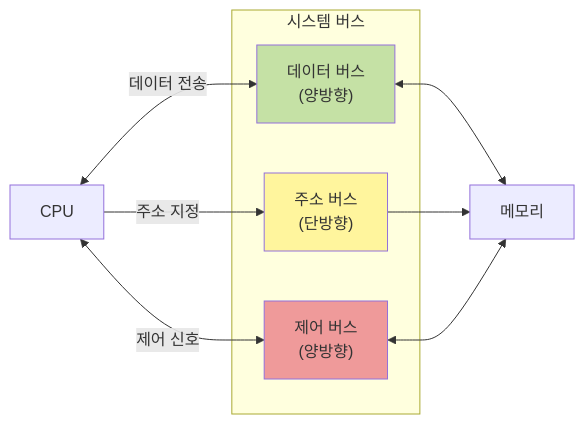
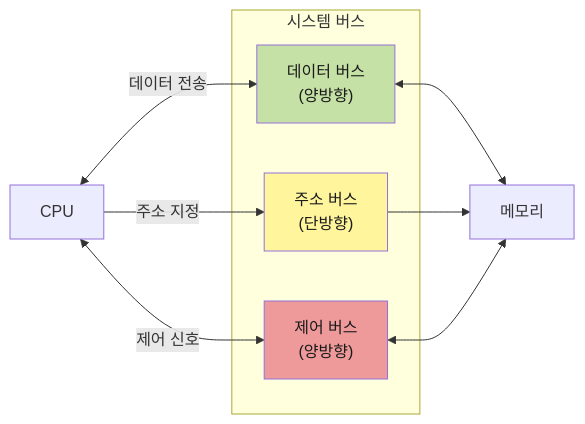
The second of 9 diagrams in apps/devblog/content/posts/computer-architecture.mdx (Cllaude99/cllaude99_labs), drawn with Mermaid before and after one commit. The commit also changed other lines of this file, not shown here.

Commit message:
fix: 컴퓨터 구조 글의 머메이드 다이어그램에 다크 모드 텍스트 색상 추가                                                           - 모든 다이어그램 style 정의에color:#1a1a1a 속성을 추가하여 다크 모드에서 글씨가 보이지 않는 문제를 수정했습니다.

````diff
--- a/apps/devblog/content/posts/computer-architecture.mdx
+++ b/apps/devblog/content/posts/computer-architecture.mdx
@@ -58,20 +58,20 @@
 ```mermaid
 graph LR
     subgraph SystemBus["시스템 버스"]
         DataBus["데이터 버스<br/>(양방향)"]
         AddressBus["주소 버스<br/>(단방향)"]
         ControlBus["제어 버스<br/>(양방향)"]
     end
 
     CPU["CPU"] <-->|데이터 전송| DataBus
     CPU -->|주소 지정| AddressBus
     CPU <-->|제어 신호| ControlBus
 
     DataBus <--> Memory["메모리"]
     AddressBus --> Memory
     ControlBus <--> Memory
 
-    style DataBus fill:#c5e1a5
-    style AddressBus fill:#fff59d
-    style ControlBus fill:#ef9a9a
+    style DataBus fill:#c5e1a5,color:#1a1a1a
+    style AddressBus fill:#fff59d,color:#1a1a1a
+    style ControlBus fill:#ef9a9a,color:#1a1a1a
 ```
````
